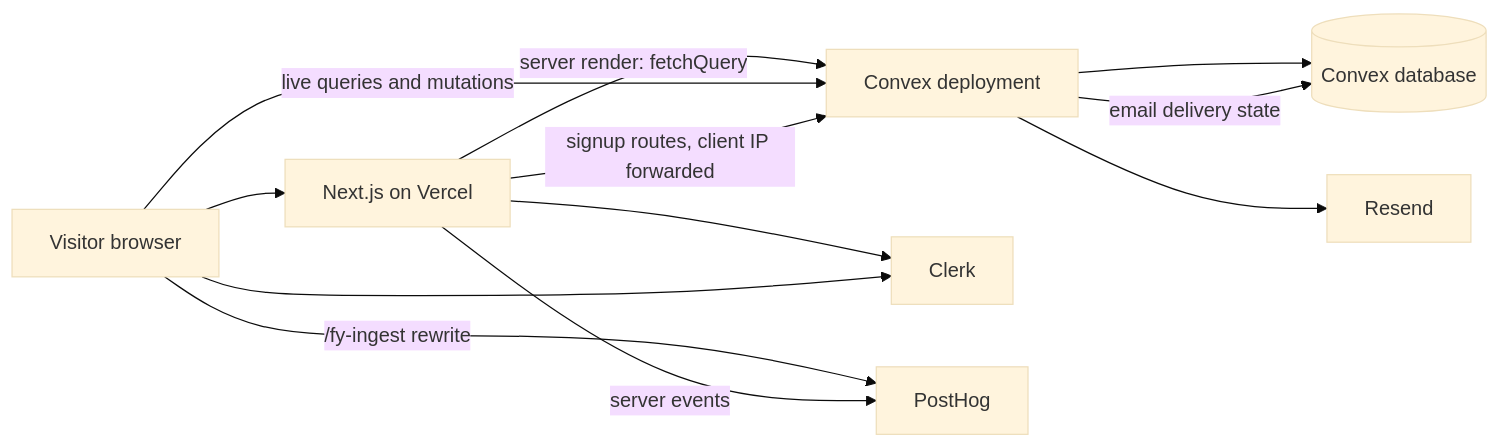
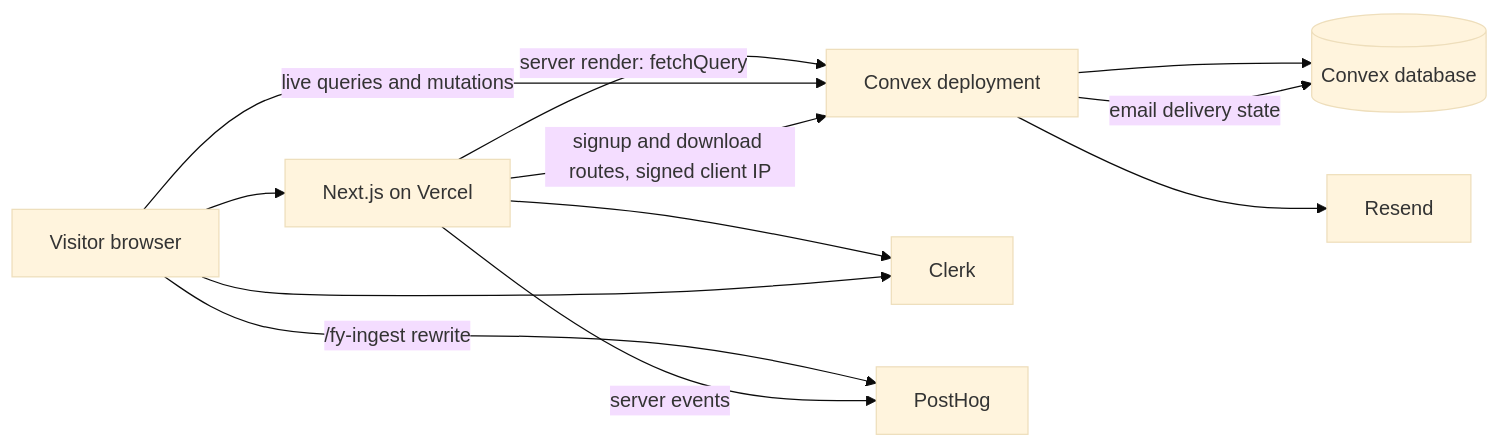
The diagram in README.md (Daelars/foleyard), drawn with Mermaid (base theme) before and after one commit. The commit also changed other lines of this file, not shown here.

````diff
--- a/README.md
+++ b/README.md
@@ -26,14 +27,14 @@
 ```mermaid
 flowchart LR
   V[Visitor browser] --> N[Next.js on Vercel]
   N -->|server render: fetchQuery| C[Convex deployment]
   V -->|live queries and mutations| C
-  N -->|signup routes, client IP forwarded| C
+  N -->|signup and download routes, signed client IP| C
   C --> DB[(Convex database)]
   C --> R[Resend]
   C -->|email delivery state| DB
   N --> K[Clerk]
   V --> K
   V -->|/fy-ingest rewrite| P[PostHog]
   N -->|server events| P
 ```
````
